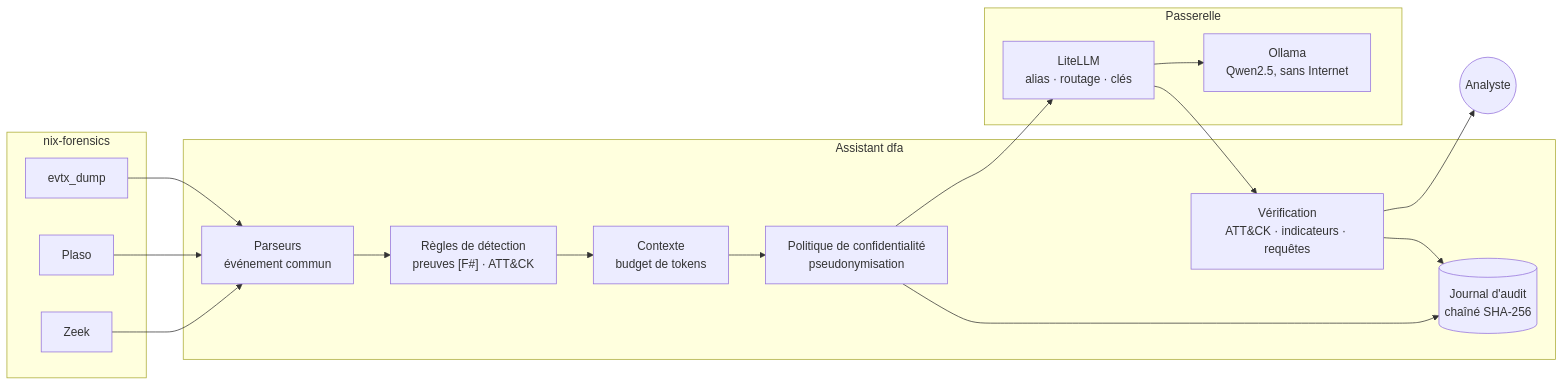
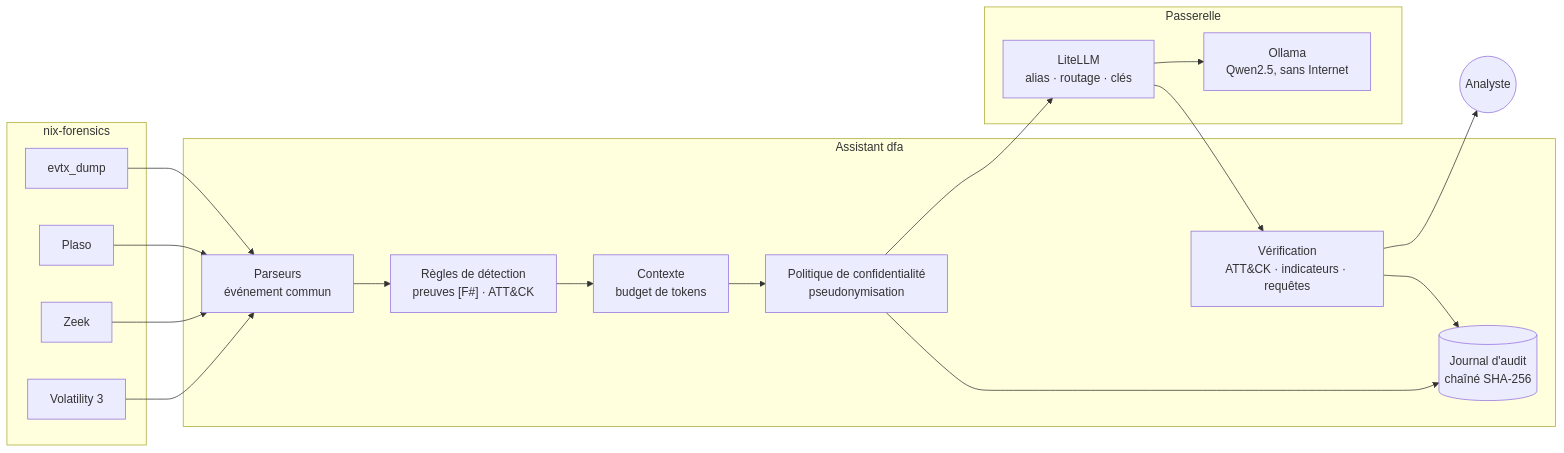
The diagram in README.md (daren-houedanou/dfir-llm-assistant), drawn with Mermaid before and after one commit. The commit also changed other lines of this file and 16 other files, not shown here.

````diff
--- a/README.md
+++ b/README.md
@@ -44,24 +45,25 @@
 ```mermaid
 flowchart LR
     subgraph NF [nix-forensics]
         EV[evtx_dump]
         PL[Plaso]
         ZK[Zeek]
+        VO[Volatility 3]
     end
     subgraph AS [Assistant dfa]
         P["Parseurs<br/>événement commun"]
         R["Règles de détection<br/>preuves [F#] · ATT&CK"]
         C["Contexte<br/>budget de tokens"]
         PR["Politique de confidentialité<br/>pseudonymisation"]
         V["Vérification<br/>ATT&CK · indicateurs · requêtes"]
         A[("Journal d'audit<br/>chaîné SHA-256")]
     end
     subgraph GW [Passerelle]
         L["LiteLLM<br/>alias · routage · clés"]
         O["Ollama<br/>Qwen2.5, sans Internet"]
     end
-    EV & PL & ZK --> P --> R --> C --> PR --> L --> O
+    EV & PL & ZK & VO --> P --> R --> C --> PR --> L --> O
     L --> V --> AN((Analyste))
     PR --> A
     V --> A
 ```
````
